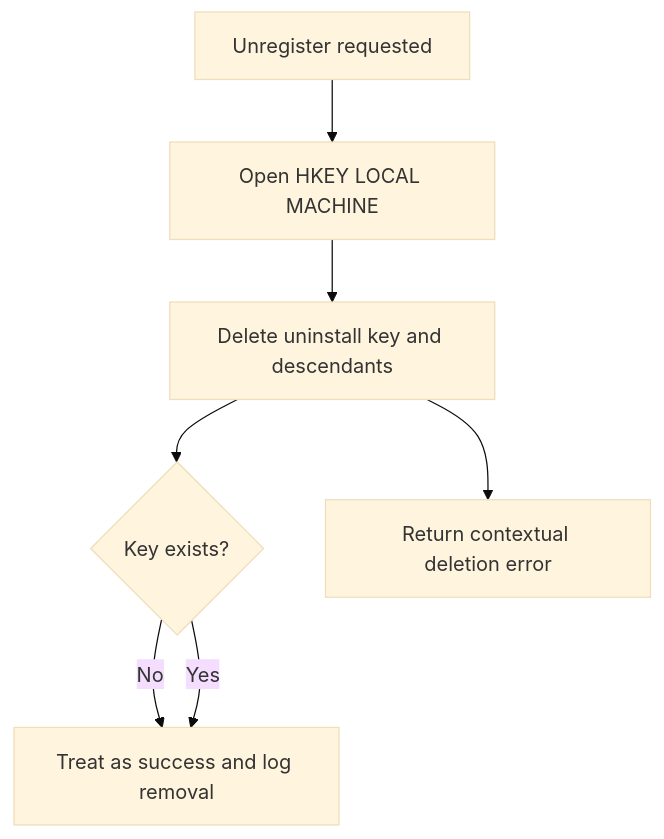
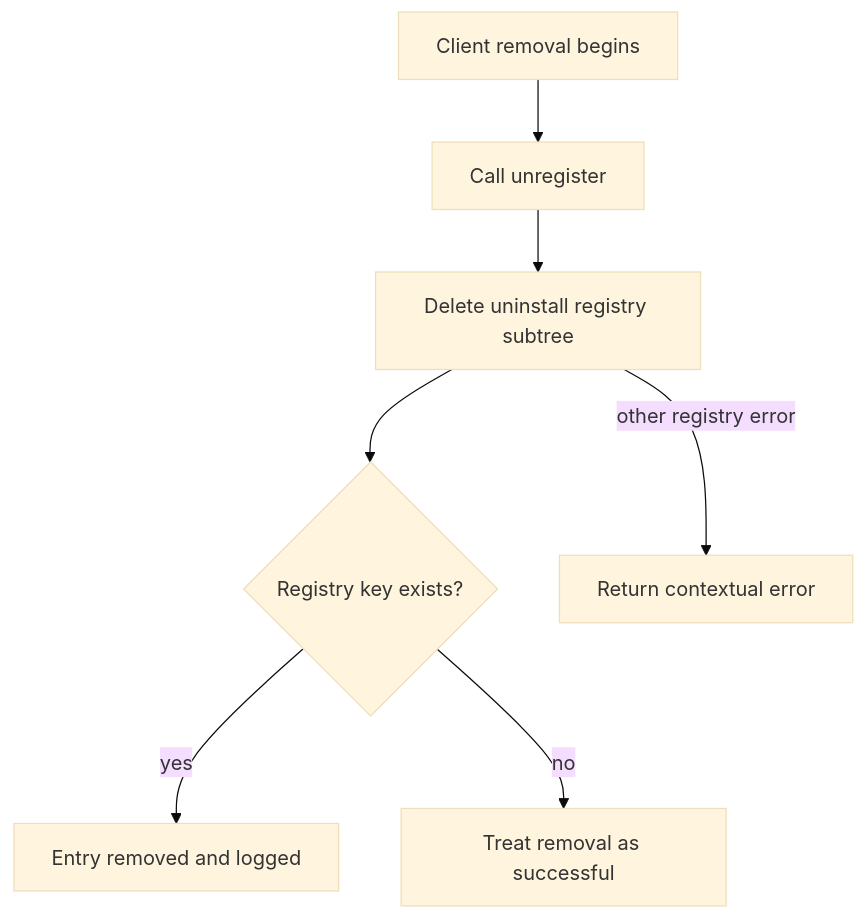
The fifth of 5 diagrams in docs/reference/architecture/openframe-client-core/platform-apps-entry/platform-apps-entry.md (flamingo-stack/openframe-oss-tenant), drawn with Mermaid (base theme) before and after one commit. The commit also changed other lines of this file and 2377 other files, not shown here.

````diff
--- a/docs/reference/architecture/openframe-client-core/platform-apps-entry/platform-apps-entry.md
+++ b/docs/reference/architecture/openframe-client-core/platform-apps-entry/platform-apps-entry.md
@@ -113,9 +127,9 @@
 ```mermaid
 flowchart TD
-    Start["Unregister requested"] --> OpenRoot["Open HKEY LOCAL MACHINE"]
-    OpenRoot --> DeleteKey["Delete uninstall key and descendants"]
-    DeleteKey --> Missing{"Key exists?"}
-    Missing -->|"No"| Success["Treat as success and log removal"]
-    Missing -->|"Yes"| Success
-    DeleteKey --> Failure["Return contextual deletion error"]
+    Start["Client removal begins"] --> Remove["Call unregister"]
+    Remove --> Delete["Delete uninstall registry subtree"]
+    Delete --> Exists{"Registry key exists?"}
+    Exists -->|"yes"| Removed["Entry removed and logged"]
+    Exists -->|"no"| Idempotent["Treat removal as successful"]
+    Delete -->|"other registry error"| Failure["Return contextual error"]
 ```
````
